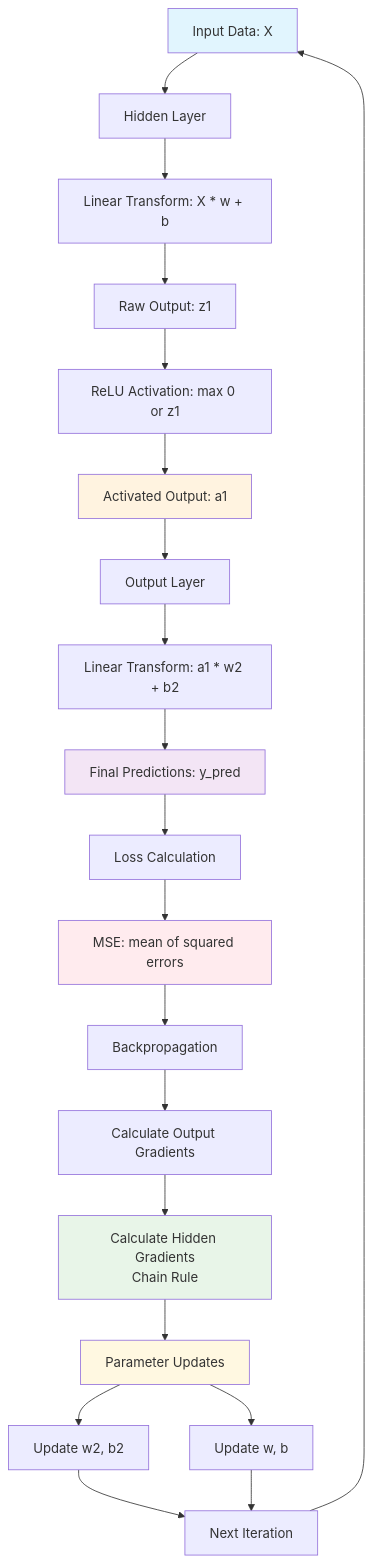
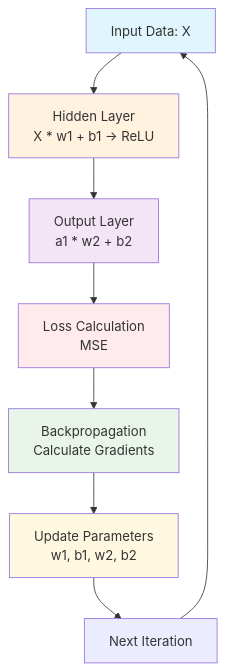
Before and after one commit to khoaHyh/neural-network-from-scratch: the diagram in parts/part2/part2.md, drawn with Mermaid. The commit also changed 2 other files, not shown here.

Commit message:
part 3 research

````diff
--- a/parts/part2/part2.md
+++ b/parts/part2/part2.md
@@ -129,34 +129,19 @@
 ```mermaid
 graph TD
-    A[Input Data: X] --> B[Hidden Layer]
-    B --> B1[Linear Transform: X * w + b]
-    B1 --> B2[Raw Output: z1]
-    B2 --> B3[ReLU Activation: max 0 or z1]
-    B3 --> B4[Activated Output: a1]
+    A[Input Data: X] --> B[Hidden Layer<br/>X * w1 + b1 → ReLU]
+    B --> C[Output Layer<br/>a1 * w2 + b2]
+    C --> D[Loss Calculation<br/>MSE]
     
-    B4 --> C[Output Layer]
-    C --> C1[Linear Transform: a1 * w2 + b2]
-    C1 --> C2[Final Predictions: y_pred]
+    D --> E[Backpropagation<br/>Calculate Gradients]
+    E --> F[Update Parameters<br/>w1, b1, w2, b2]
     
-    C2 --> D[Loss Calculation]
-    D --> D1[MSE: mean of squared errors]
-    
-    D1 --> E[Backpropagation]
-    E --> E1[Calculate Output Gradients]
-    E1 --> E2[Calculate Hidden Gradients<br/>Chain Rule]
-    
-    E2 --> F[Parameter Updates]
-    F --> F1[Update w2, b2]
-    F --> F2[Update w, b]
-    
-    F1 --> G[Next Iteration]
-    F2 --> G
+    F --> G[Next Iteration]
     G --> A
     
     style A fill:#e1f5fe
-    style B4 fill:#fff3e0
-    style C2 fill:#f3e5f5
-    style D1 fill:#ffebee
-    style E2 fill:#e8f5e8
+    style B fill:#fff3e0
+    style C fill:#f3e5f5
+    style D fill:#ffebee
+    style E fill:#e8f5e8
     style F fill:#fff8e1
 ```
````
